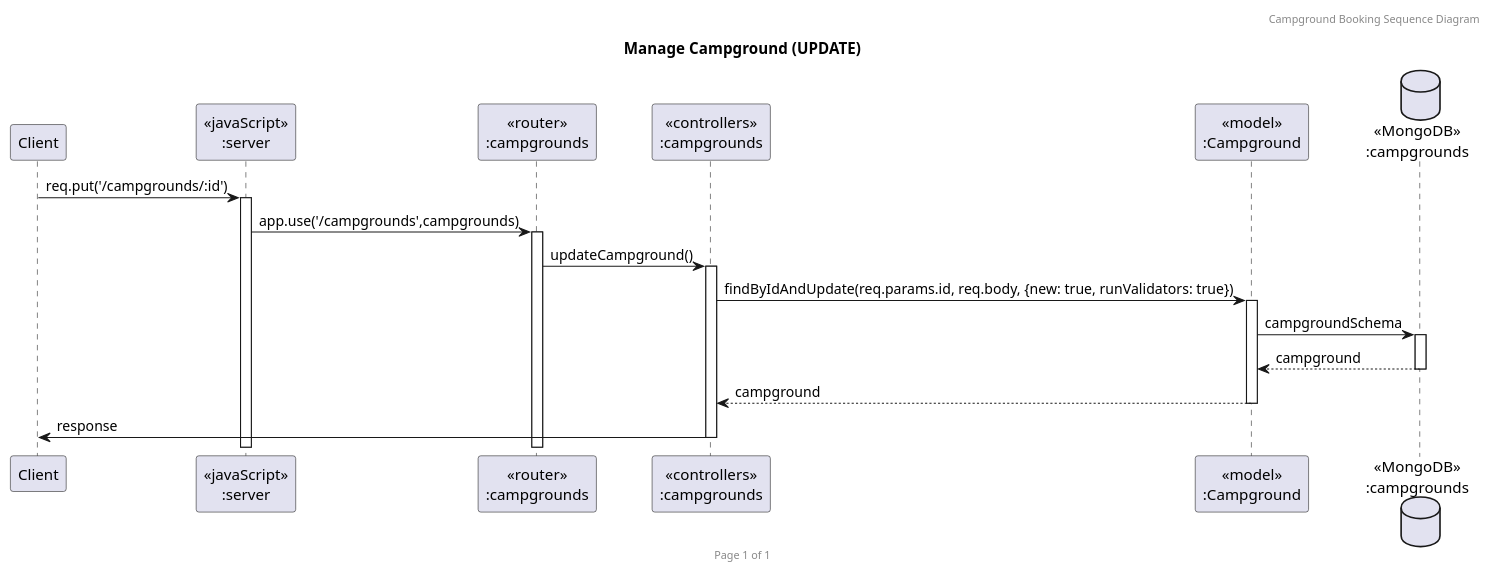
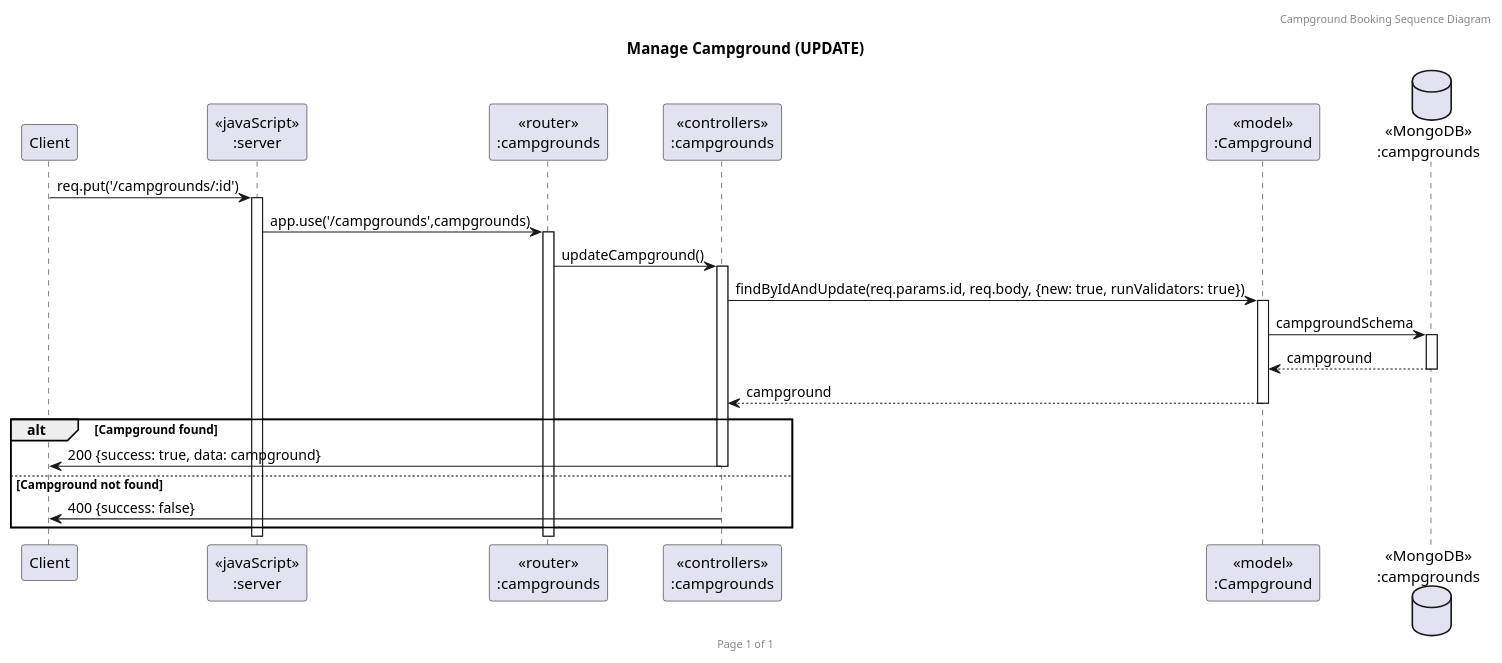
The diagram in presentation/Sequence_Diagram/Campgrounds/SequenceDiagramUPDATE_Campground.puml (2110503TACEDT66/presentation-day-1-i-am-the-bone-of-my-sources), drawn with PlantUML before and after one commit. The commit also changed 9 other files, not shown here.

Commit message:
Alt response of campground sequence diagram

```diff
--- a/presentation/Sequence_Diagram/Campgrounds/SequenceDiagramUPDATE_Campground.puml
+++ b/presentation/Sequence_Diagram/Campgrounds/SequenceDiagramUPDATE_Campground.puml
@@ -1,23 +1,27 @@
 @startuml Manage Campground (UPDATE)
 
 header Campground Booking Sequence Diagram
 footer Page %page% of %lastpage%
 title "Manage Campground (UPDATE)"
 
 participant "Client" as client
 participant "<<javaScript>>\n:server" as server
 participant "<<router>>\n:campgrounds" as routerCampgrounds
 participant "<<controllers>>\n:campgrounds" as controllersCampgrounds
 participant "<<model>>\n:Campground" as modelCampground
 database "<<MongoDB>>\n:campgrounds" as CampgroundsDatabase
 
 client->server ++:req.put('/campgrounds/:id')
 server->routerCampgrounds ++:app.use('/campgrounds',campgrounds)
 routerCampgrounds -> controllersCampgrounds ++:updateCampground()
 controllersCampgrounds->modelCampground ++:findByIdAndUpdate(req.params.id, req.body, {new: true, runValidators: true})
 modelCampground ->CampgroundsDatabase ++: campgroundSchema
 CampgroundsDatabase --> modelCampground --: campground
 controllersCampgrounds <-- modelCampground --:campground
-controllersCampgrounds->client --:response
+alt Campground found
+    controllersCampgrounds->client --:200 {success: true, data: campground}
+else Campground not found
+    controllersCampgrounds->client --:400 {success: false}
+end
 
 @enduml
```
